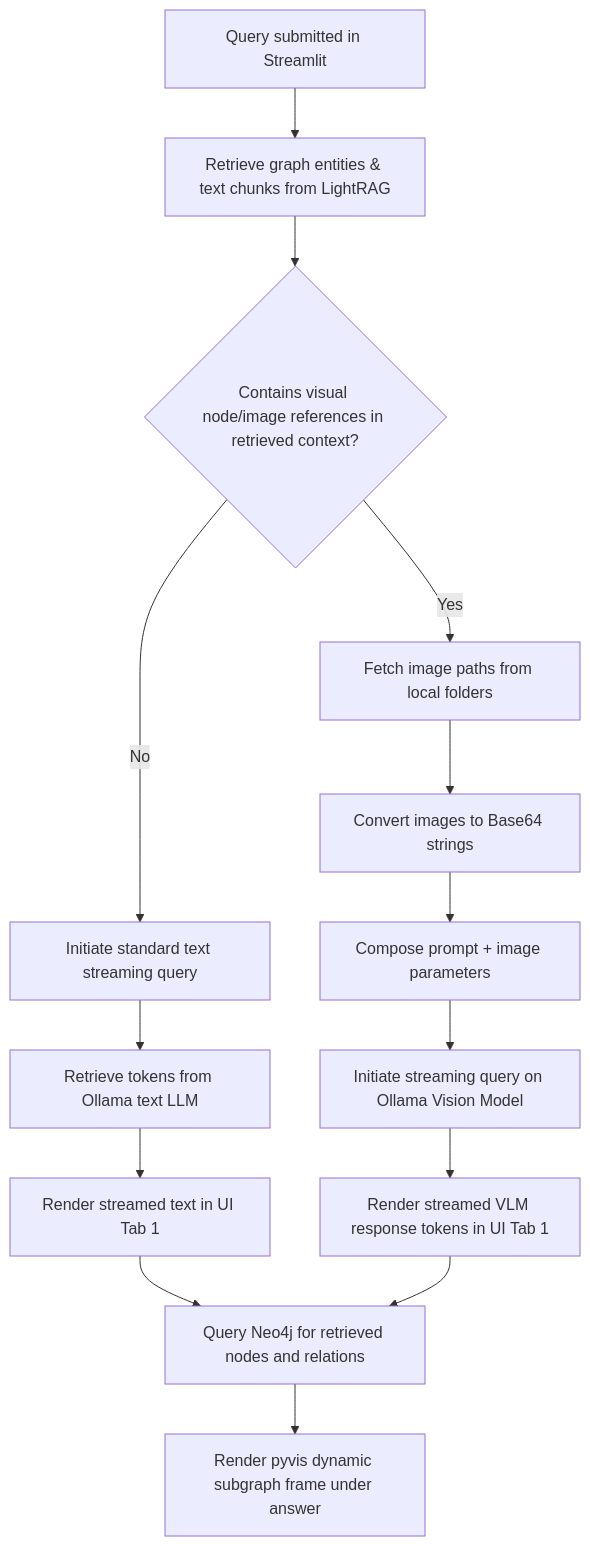
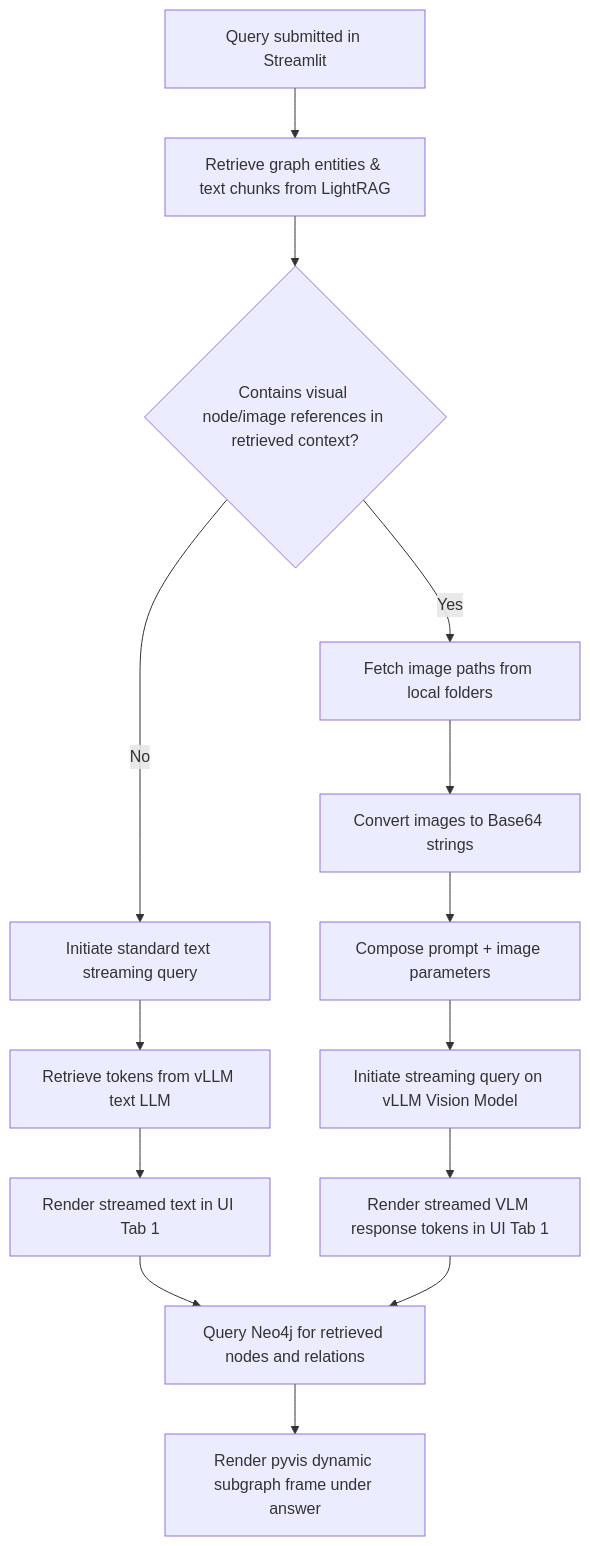
Before and after one commit to Muntaha15/multimodal_LightRag_application: the second of 2 diagrams in COMPONENTS.md, drawn with Mermaid. The commit also changed other lines of this file and 12 other files, not shown here.

Commit message:
Migrate entire codebase from Ollama to vLLM

````diff
--- a/COMPONENTS.md
+++ b/COMPONENTS.md
@@ -148,20 +148,20 @@
 ```mermaid
 flowchart TD
     A[Query submitted in Streamlit] --> B[Retrieve graph entities & text chunks from LightRAG]
     B --> C{Contains visual node/image references in retrieved context?}
     
     %% Non-VLM Path
     C -- No --> D[Initiate standard text streaming query]
-    D --> E[Retrieve tokens from Ollama text LLM]
+    D --> E[Retrieve tokens from vLLM text LLM]
     E --> F[Render streamed text in UI Tab 1]
     
     %% VLM Path
     C -- Yes --> G[Fetch image paths from local folders]
     G --> H[Convert images to Base64 strings]
     H --> I[Compose prompt + image parameters]
-    I --> J[Initiate streaming query on Ollama Vision Model]
+    I --> J[Initiate streaming query on vLLM Vision Model]
     J --> K[Render streamed VLM response tokens in UI Tab 1]
     
     F & K --> L[Query Neo4j for retrieved nodes and relations]
     L --> M[Render pyvis dynamic subgraph frame under answer]
 ```
````
